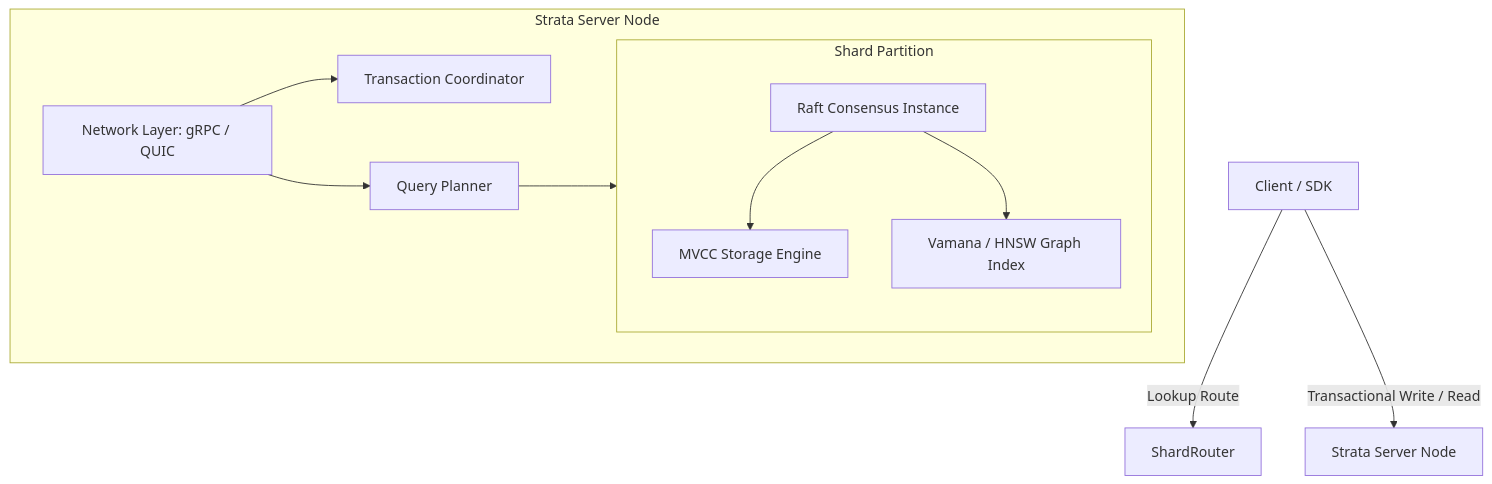
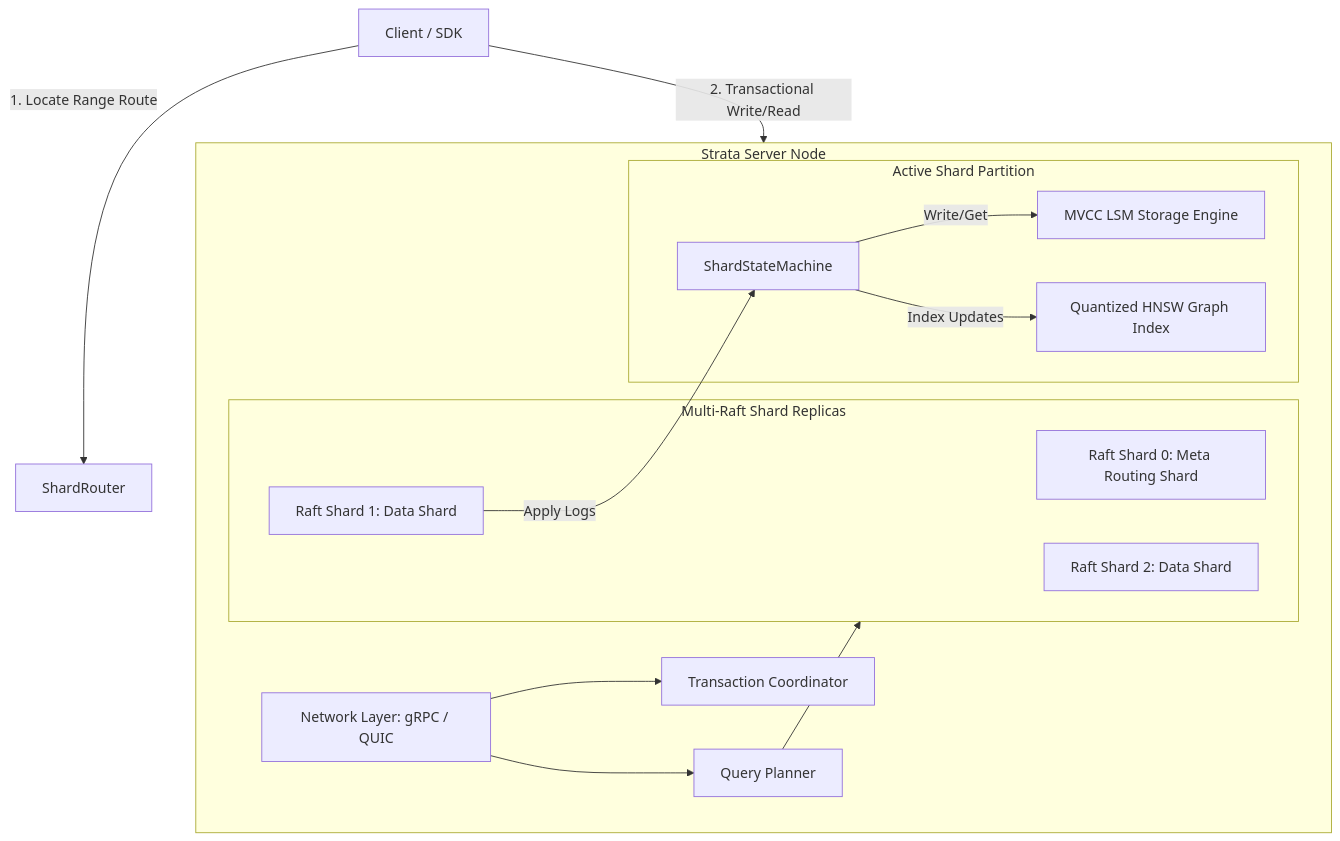
One commit to IshanGite/Strata changed the diagram in README.md. Above: the diagram before and after it, drawn with Mermaid. The commit also changed other lines of this file and 2 other files, not shown here.

Commit message:
fix: fix unawaited propose futures in consensus tests, simplify vector collections, and overhaul README

````diff
--- a/README.md
+++ b/README.md
@@ -23,23 +17,27 @@
 ```mermaid
 graph TD
-    Client[Client / SDK] -->|Lookup Route| Router[ShardRouter]
-    Client -->|Transactional Write / Read| Server[Strata Server Node]
+    Client[Client / SDK] -->|1. Locate Range Route| Router[ShardRouter]
+    Client -->|2. Transactional Write/Read| ServerNode[Strata Server Daemon]
     
-    subgraph Server Node [Strata Server Node]
+    subgraph ServerNode [Strata Server Node]
         TxnCoord[Transaction Coordinator]
         Planner[Query Planner]
         Net[Network Layer: gRPC / QUIC]
         
-        subgraph Shard [Shard Partition]
-            Raft[Raft Consensus Instance]
-            Storage[MVCC Storage Engine]
-            AnnIndex[Vamana / HNSW Graph Index]
+        subgraph MultiRaft [Multi-Raft Shard Replicas]
+            RaftGroup_S0[Raft Shard 0: Meta Routing Shard]
+            RaftGroup_S1[Raft Shard 1: Data Shard]
+            RaftGroup_S2[Raft Shard 2: Data Shard]
+        end
+        
+        subgraph Shard [Active Shard Partition]
+            RaftGroup_S1 -->|Apply Logs| SM[ShardStateMachine]
+            SM -->|Write/Get| Storage[MVCC LSM Storage Engine]
+            SM -->|Index Updates| GraphIndex[Quantized HNSW Graph Index]
         end
         
         Net --> TxnCoord
         Net --> Planner
-        Planner --> Shard
-        Raft --> Storage
-        Raft --> AnnIndex
+        Planner --> MultiRaft
     end
 ```
````
